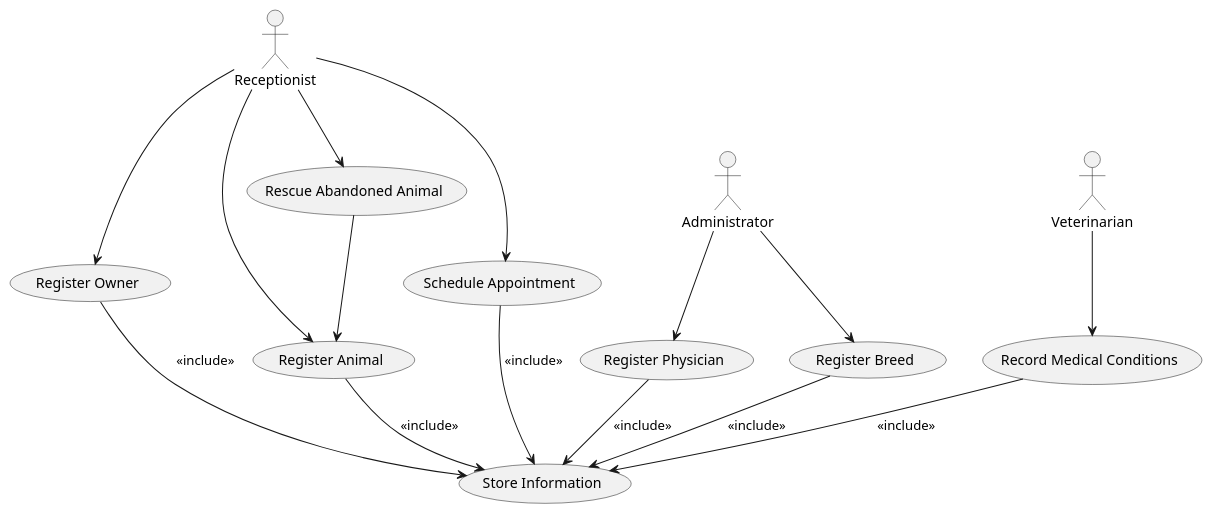
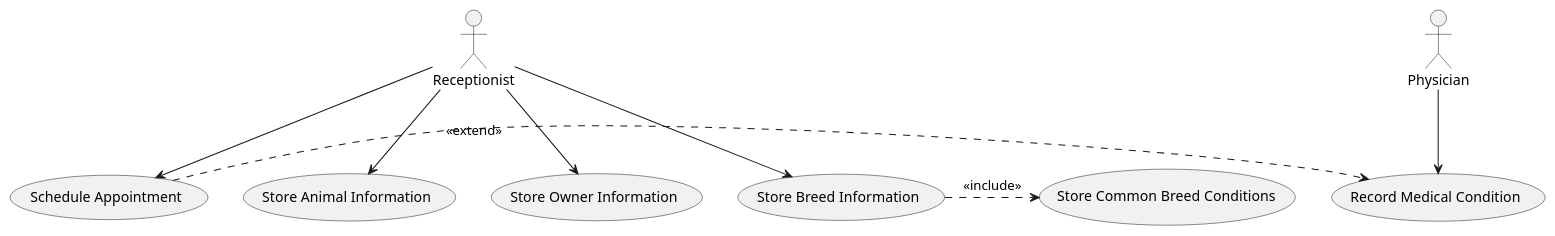
Before and after one commit to RayWP/pfsa-id: the diagram in survey-ud/gen-r-ent-o3-mini/R28_AnimalClinic_class_diagram.puml, drawn with PlantUML. The commit also changed 7 other files, not shown here.

```diff
--- a/survey-ud/gen-r-ent-o3-mini/R28_AnimalClinic_class_diagram.puml
+++ b/survey-ud/gen-r-ent-o3-mini/R28_AnimalClinic_class_diagram.puml
@@ -1,37 +1,24 @@
 @startuml
-actor "Receptionist" as Receptionist
-actor "Veterinarian" as Veterinarian
-actor "Administrator" as Administrator
+actor Receptionist
+actor Physician
 
-usecase "Store Information" as SI
-usecase "Register Animal" as RA
-usecase "Register Owner" as RO
-usecase "Register Breed" as RB
-usecase "Register Physician" as RP
-usecase "Schedule Appointment" as SA
-usecase "Record Medical Conditions" as RMC
-usecase "Rescue Abandoned Animal" as RAA
+usecase "Store Animal Information" as UC1
+usecase "Store Owner Information" as UC2
+usecase "Store Breed Information" as UC3
+usecase "Schedule Appointment" as UC4
+usecase "Record Medical Condition" as UC5
+usecase "Store Common Breed Conditions" as UC6
 
-' Include relationships: all registration and appointment activities include storing information
-RA --> SI : <<include>>
-RO --> SI : <<include>>
-RB --> SI : <<include>>
-RP --> SI : <<include>>
-SA --> SI : <<include>>
-RMC --> SI : <<include>>
+Receptionist --> UC1
+Receptionist --> UC2
+Receptionist --> UC3
+Receptionist --> UC4
+Physician   --> UC5
 
-' "Rescue Abandoned Animal" reuses animal registration functionality
-RAA --> RA
+' The breed information use case includes storing common conditions for that breed
+UC3 .> UC6 : <<include>>
 
-' Actor associations
-Receptionist --> RA
-Receptionist --> RO
-Receptionist --> SA
-Receptionist --> RAA
-
-Veterinarian --> RMC
-
-Administrator --> RB
-Administrator --> RP
+' When scheduling an appointment, recording medical conditions may occur as an extension
+UC4 .> UC5 : <<extend>>
 
 @enduml
```
